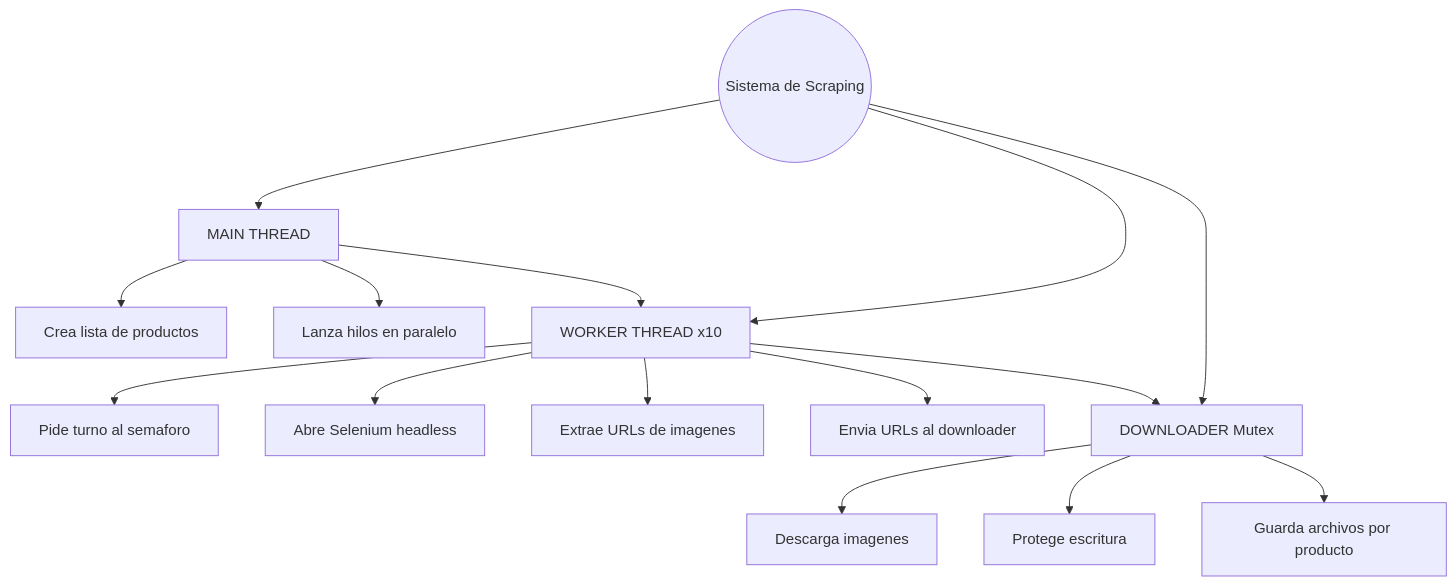
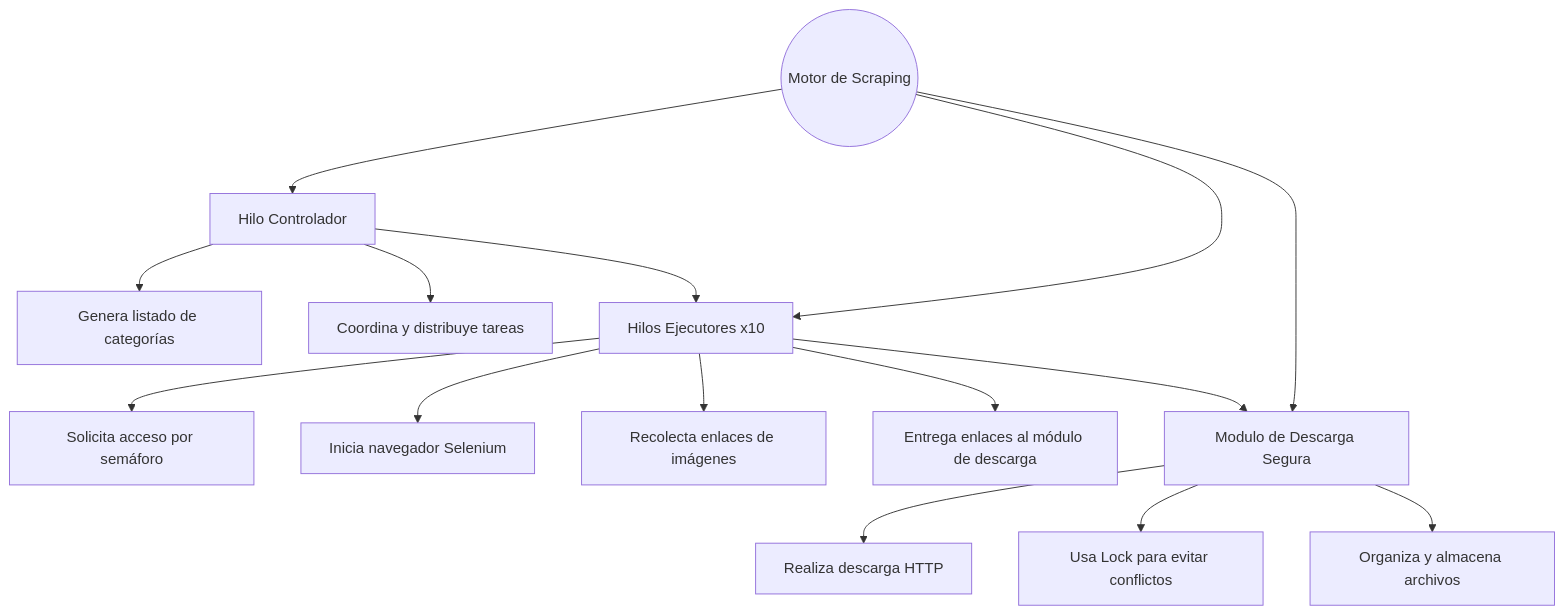
The first of 2 diagrams in README.md (RodianGaray/Lab-final-corregido-), drawn with Mermaid before and after one commit. The commit also changed other lines of this file, not shown here.

````diff
--- a/README.md
+++ b/README.md
@@ -41,41 +33,39 @@
 ```mermaid
 flowchart TD
-    CENTRAL((Sistema de Scraping))
+    CORE((Motor de Scraping))
 
-    MAIN[MAIN THREAD]
-    WORKER[WORKER THREAD x10]
-    DOWN[DOWNLOADER Mutex]
+    CTRL[Hilo Controlador]
+    EXEC[Hilos Ejecutores x10]
+    SAFE[Modulo de Descarga Segura]
 
-    SUB1[Crea lista de productos]
-    SUB2[Lanza hilos en paralelo]
+    A1[Genera listado de categorías]
+    A2[Coordina y distribuye tareas]
 
-    SUB3[Pide turno al semaforo]
-    SUB4[Abre Selenium headless]
-    SUB5[Extrae URLs de imagenes]
-    SUB6[Envia URLs al downloader]
+    B1[Solicita acceso por semáforo]
+    B2[Inicia navegador Selenium]
+    B3[Recolecta enlaces de imágenes]
+    B4[Entrega enlaces al módulo de descarga]
 
-    SUB7[Descarga imagenes]
-    SUB8[Protege escritura]
-    SUB9[Guarda archivos por producto]
+    C1[Realiza descarga HTTP]
+    C2[Usa Lock para evitar conflictos]
+    C3[Organiza y almacena archivos]
 
-    CENTRAL --> MAIN
-    CENTRAL --> WORKER
-    CENTRAL --> DOWN
+    CORE --> CTRL
+    CORE --> EXEC
+    CORE --> SAFE
 
-    MAIN --> SUB1
-    MAIN --> SUB2
+    CTRL --> A1
+    CTRL --> A2
 
-    WORKER --> SUB3
-    WORKER --> SUB4
-    WORKER --> SUB5
-    WORKER --> SUB6
+    EXEC --> B1
+    EXEC --> B2
+    EXEC --> B3
+    EXEC --> B4
 
-    DOWN --> SUB7
-    DOWN --> SUB8
-    DOWN --> SUB9
+    SAFE --> C1
+    SAFE --> C2
+    SAFE --> C3
 
-    MAIN --> WORKER --> DOWN
-
-
+    CTRL --> EXEC --> SAFE
 
 ```
````
